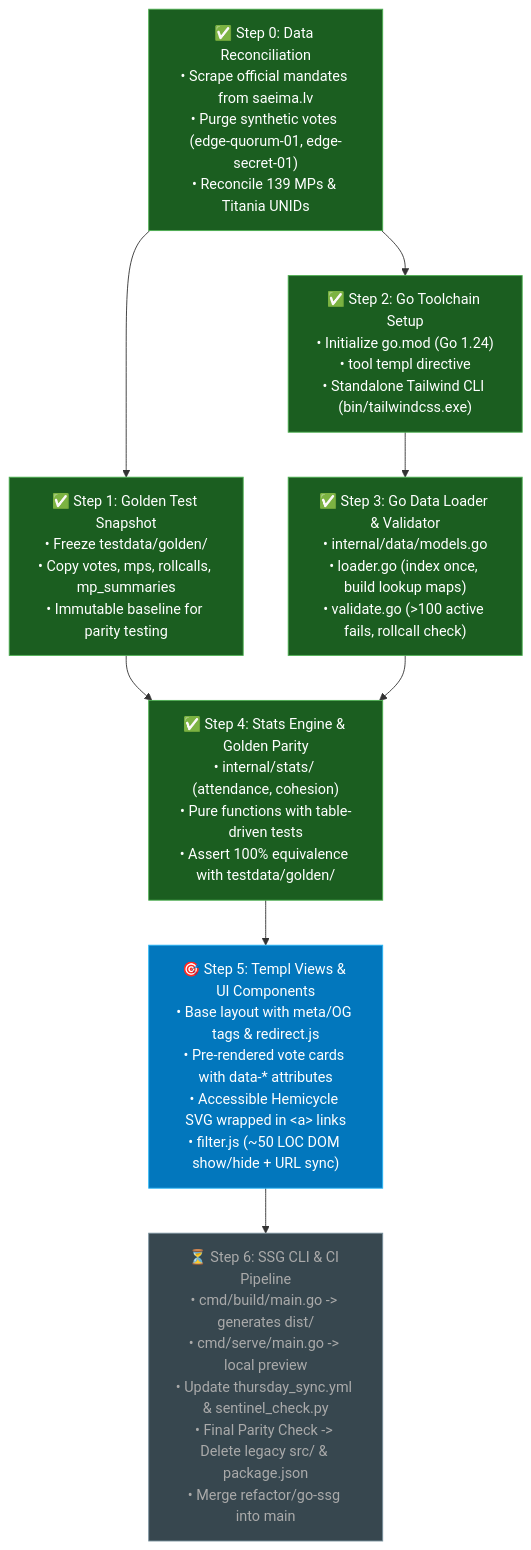
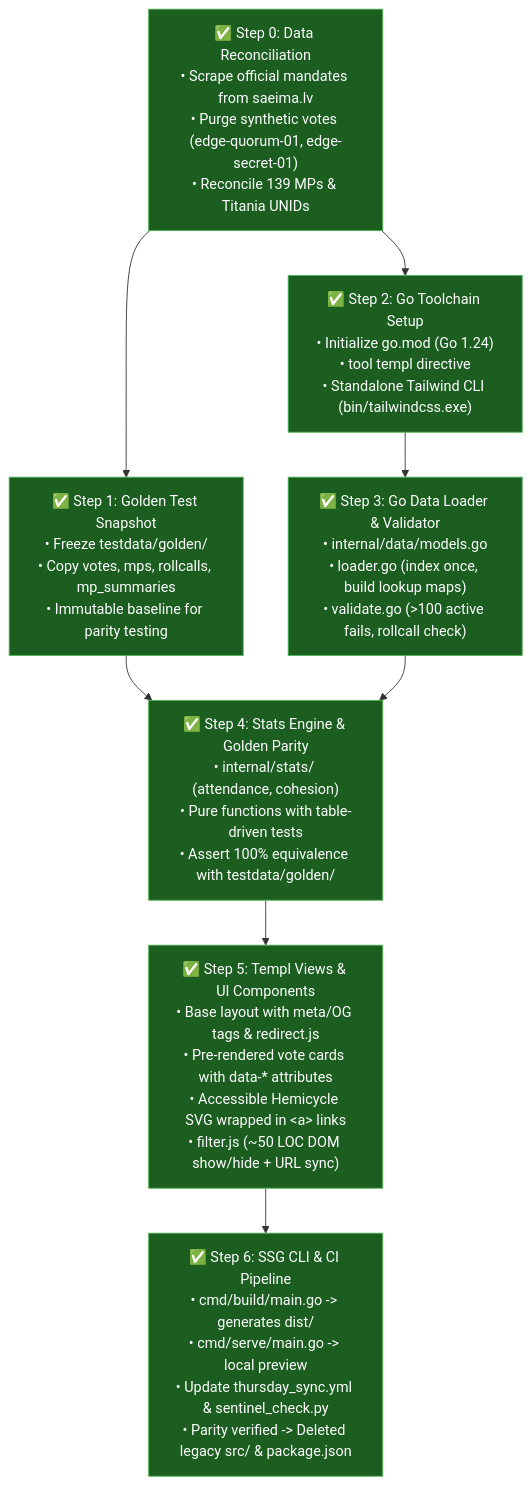
The diagram in REFACTOR_TREE.md (FisersDavis/kabalsosaeima), drawn with Mermaid before and after one commit. The commit also changed other lines of this file and 57 other files, not shown here.

First line of the commit message:
feat(ssg): implement Templ views, build pipeline, and interactive UI

````diff
--- a/REFACTOR_TREE.md
+++ b/REFACTOR_TREE.md
@@ -10,28 +10,28 @@
 ```mermaid
 graph TD
     classDef done fill:#1b5e20,stroke:#4caf50,color:#fff;
     classDef ready fill:#0277bd,stroke:#29b6f6,color:#fff;
     classDef blocked fill:#37474f,stroke:#78909c,color:#aaa;
 
     Node0["✅ Step 0: Data Reconciliation<br/>• Scrape official mandates from saeima.lv<br/>• Purge synthetic votes (edge-quorum-01, edge-secret-01)<br/>• Reconcile 139 MPs & Titania UNIDs"]:::done
     
     Node1["✅ Step 1: Golden Test Snapshot<br/>• Freeze testdata/golden/<br/>• Copy votes, mps, rollcalls, mp_summaries<br/>• Immutable baseline for parity testing"]:::done
     
     Node2["✅ Step 2: Go Toolchain Setup<br/>• Initialize go.mod (Go 1.24)<br/>• tool templ directive<br/>• Standalone Tailwind CLI (bin/tailwindcss.exe)"]:::done
 
     Node3["✅ Step 3: Go Data Loader & Validator<br/>• internal/data/models.go<br/>• loader.go (index once, build lookup maps)<br/>• validate.go (>100 active fails, rollcall check)"]:::done
 
     Node4["✅ Step 4: Stats Engine & Golden Parity<br/>• internal/stats/ (attendance, cohesion)<br/>• Pure functions with table-driven tests<br/>• Assert 100% equivalence with testdata/golden/"]:::done
 
-    Node5["🎯 Step 5: Templ Views & UI Components<br/>• Base layout with meta/OG tags & redirect.js<br/>• Pre-rendered vote cards with data-* attributes<br/>• Accessible Hemicycle SVG wrapped in &lt;a&gt; links<br/>• filter.js (~50 LOC DOM show/hide + URL sync)"]:::ready
+    Node5["✅ Step 5: Templ Views & UI Components<br/>• Base layout with meta/OG tags & redirect.js<br/>• Pre-rendered vote cards with data-* attributes<br/>• Accessible Hemicycle SVG wrapped in &lt;a&gt; links<br/>• filter.js (~50 LOC DOM show/hide + URL sync)"]:::done
 
-    Node6["⏳ Step 6: SSG CLI & CI Pipeline<br/>• cmd/build/main.go -> generates dist/<br/>• cmd/serve/main.go -> local preview<br/>• Update thursday_sync.yml & sentinel_check.py<br/>• Final Parity Check -> Delete legacy src/ & package.json<br/>• Merge refactor/go-ssg into main"]:::blocked
+    Node6["✅ Step 6: SSG CLI & CI Pipeline<br/>• cmd/build/main.go -> generates dist/<br/>• cmd/serve/main.go -> local preview<br/>• Update thursday_sync.yml & sentinel_check.py<br/>• Parity verified -> Deleted legacy src/ & package.json"]:::done
 
     Node0 --> Node1
     Node0 --> Node2
     Node1 --> Node4
     Node2 --> Node3
     Node3 --> Node4
     Node4 --> Node5
     Node5 --> Node6
 ```
````
